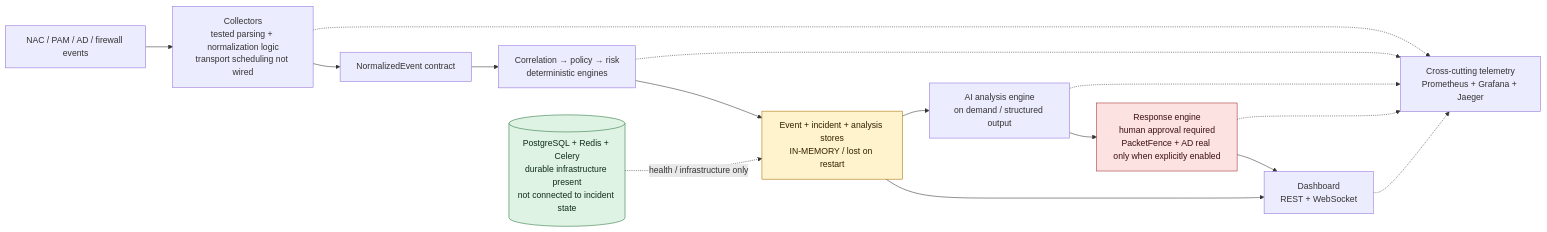
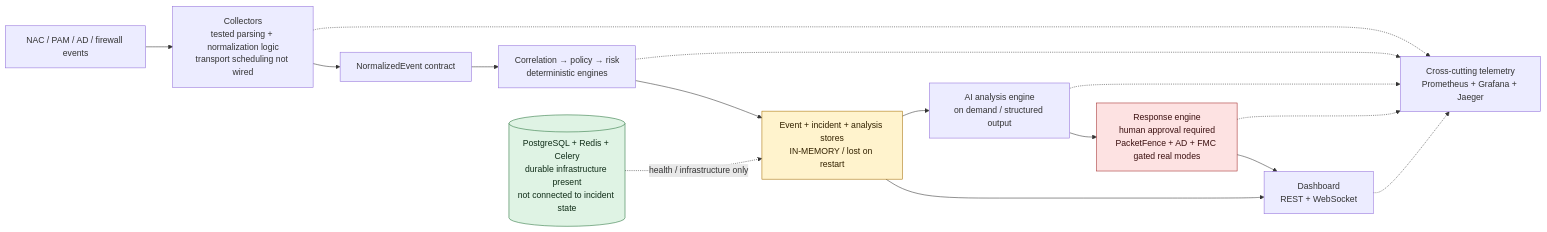
Before and after one commit to dnzgrkn/WardHound: the diagram in README.md, drawn with Mermaid. The commit also changed other lines of this file and 2 other files, not shown here.

Commit message:
docs: record FMC blocklist deployment boundary

````diff
--- a/README.md
+++ b/README.md
@@ -13,30 +13,30 @@
 ```mermaid
 flowchart LR
     Sources["NAC / PAM / AD / firewall events"]
     Collectors["Collectors<br/>tested parsing + normalization logic<br/>transport scheduling not wired"]
     Normalize["NormalizedEvent contract"]
     Engines["Correlation → policy → risk<br/>deterministic engines"]
     Store["Event + incident + analysis stores<br/>IN-MEMORY / lost on restart"]
     AI["AI analysis engine<br/>on demand / structured output"]
-    Response["Response engine<br/>human approval required<br/>PacketFence + AD real only when explicitly enabled"]
+    Response["Response engine<br/>human approval required<br/>PacketFence + AD + FMC gated real modes"]
     Dashboard["Dashboard<br/>REST + WebSocket"]
     Infra[("PostgreSQL + Redis + Celery<br/>durable infrastructure present<br/>not connected to incident state")]
     Telemetry["Cross-cutting telemetry<br/>Prometheus + Grafana + Jaeger"]
 
     Sources --> Collectors --> Normalize --> Engines --> Store
     Store --> AI --> Response --> Dashboard
     Store --> Dashboard
     Infra -. "health / infrastructure only" .-> Store
     Collectors -.-> Telemetry
     Engines -.-> Telemetry
     AI -.-> Telemetry
     Response -.-> Telemetry
     Dashboard -.-> Telemetry
 
     classDef memory fill:#fff3cd,stroke:#a66f00,color:#332200;
     classDef simulated fill:#fde2e2,stroke:#a12828,color:#3b1010;
     classDef durable fill:#dff3e4,stroke:#26733a,color:#102d18;
     class Store memory;
     class Response simulated;
     class Infra durable;
 ```
````
